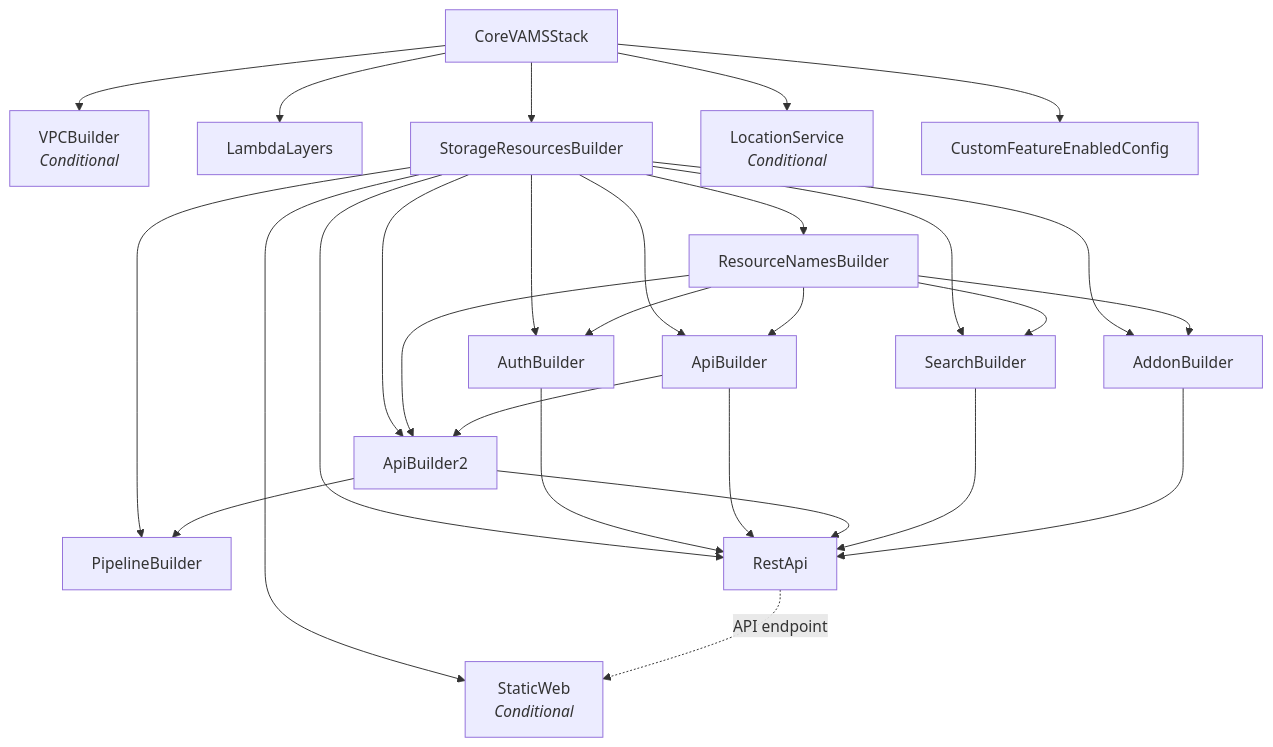
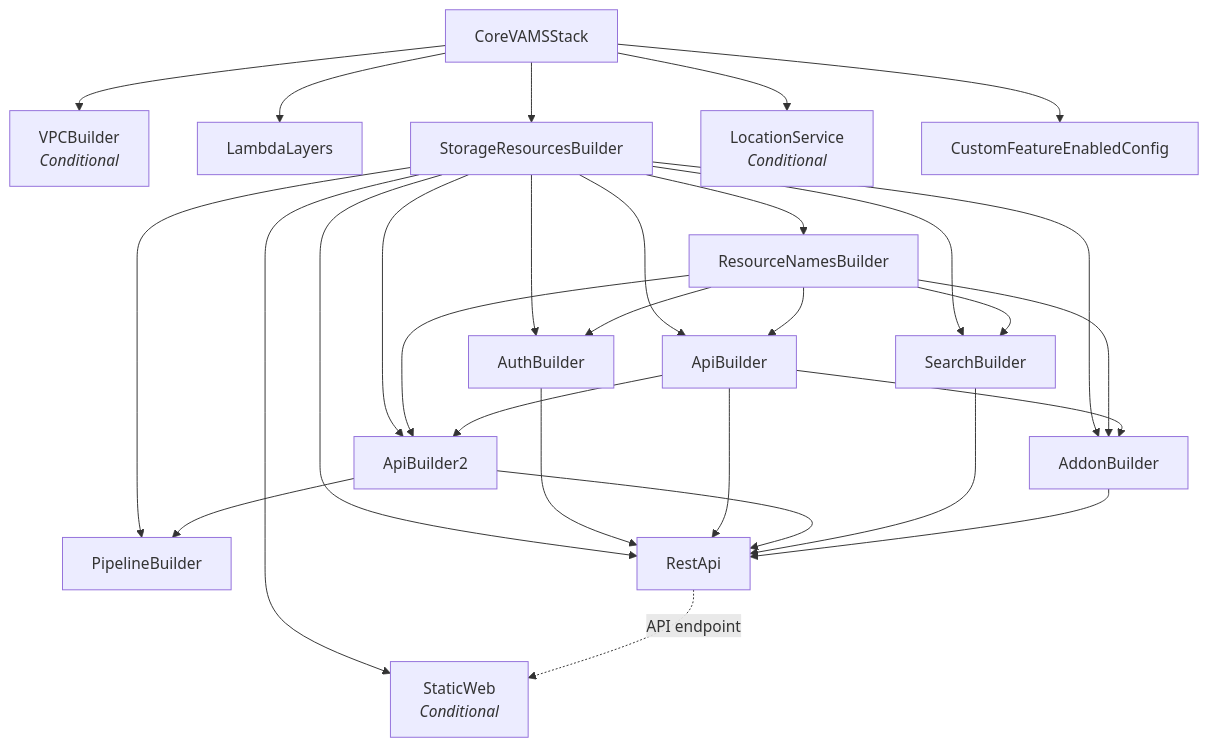
Before and after one commit to awslabs/visual-asset-management-system: the sixth of 6 diagrams in documentation/docusaurus-site/docs/architecture/details.md, drawn with Mermaid. The commit also changed other lines of this file and 579 other files, not shown here.

````diff
--- a/documentation/docusaurus-site/docs/architecture/details.md
+++ b/documentation/docusaurus-site/docs/architecture/details.md
@@ -297,41 +298,42 @@
 ```mermaid
 graph TD
     Core["CoreVAMSStack"]
 
     Core --> VPC["VPCBuilder<br/><i>Conditional</i>"]
     Core --> LL["LambdaLayers"]
     Core --> SRB["StorageResourcesBuilder"]
     Core --> LS["LocationService<br/><i>Conditional</i>"]
     Core --> FE["CustomFeatureEnabledConfig"]
 
     SRB --> RNB["ResourceNamesBuilder"]
 
     SRB --> AB["AuthBuilder"]
     RNB --> AB
 
     SRB --> APIBuild["ApiBuilder"]
     RNB --> APIBuild
 
     SRB --> APIBuild2["ApiBuilder2"]
     RNB --> APIBuild2
     APIBuild --> APIBuild2
 
     SRB --> SearchB["SearchBuilder"]
     RNB --> SearchB
 
     SRB --> PB["PipelineBuilder"]
     APIBuild2 --> PB
 
     SRB --> Addon["AddonBuilder"]
     RNB --> Addon
+    APIBuild --> Addon
 
     SRB --> REST["RestApi"]
     AB --> REST
     APIBuild --> REST
     APIBuild2 --> REST
     SearchB --> REST
     Addon --> REST
 
     SRB --> SW["StaticWeb<br/><i>Conditional</i>"]
     REST -.->|API endpoint| SW
 ```
````
